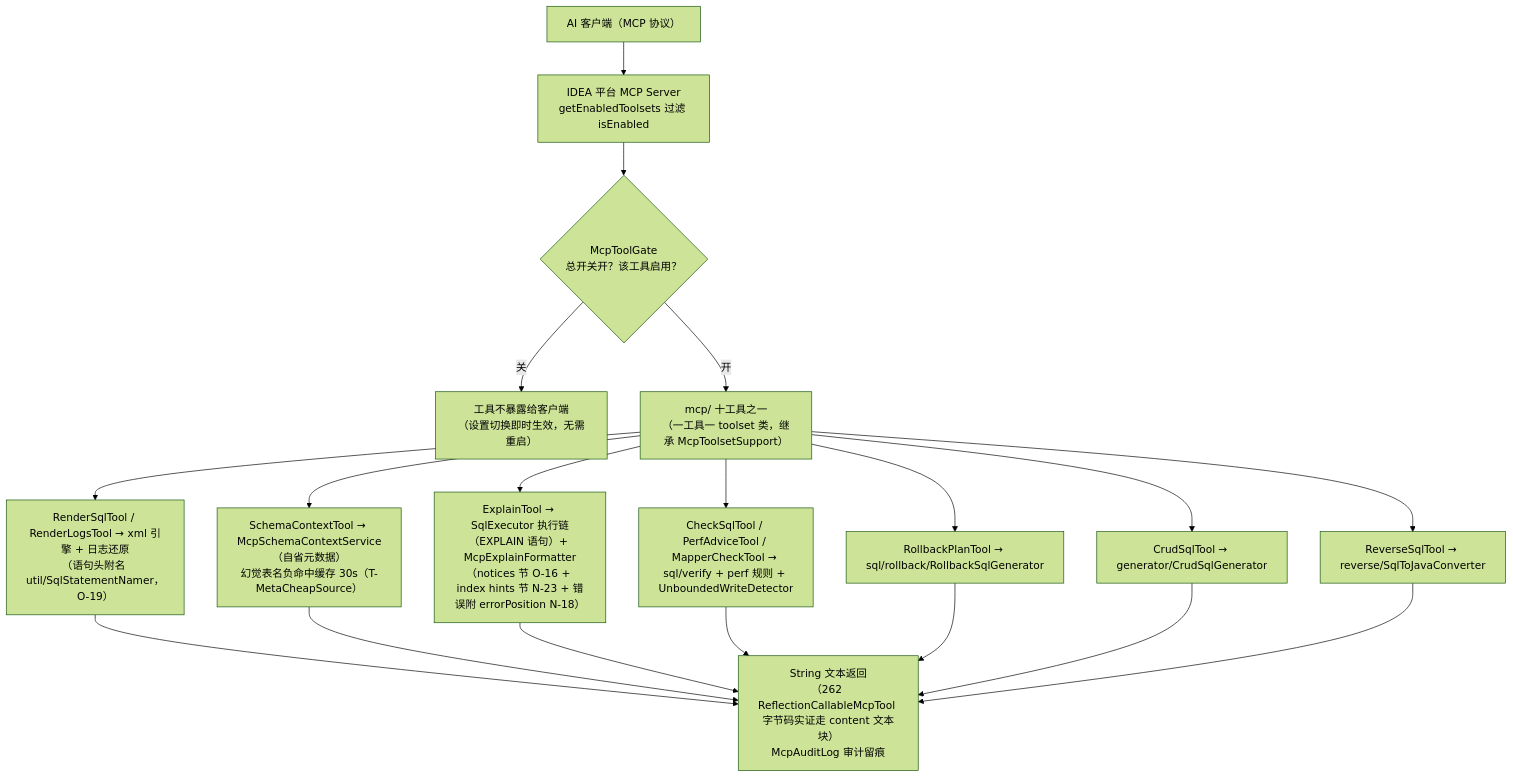
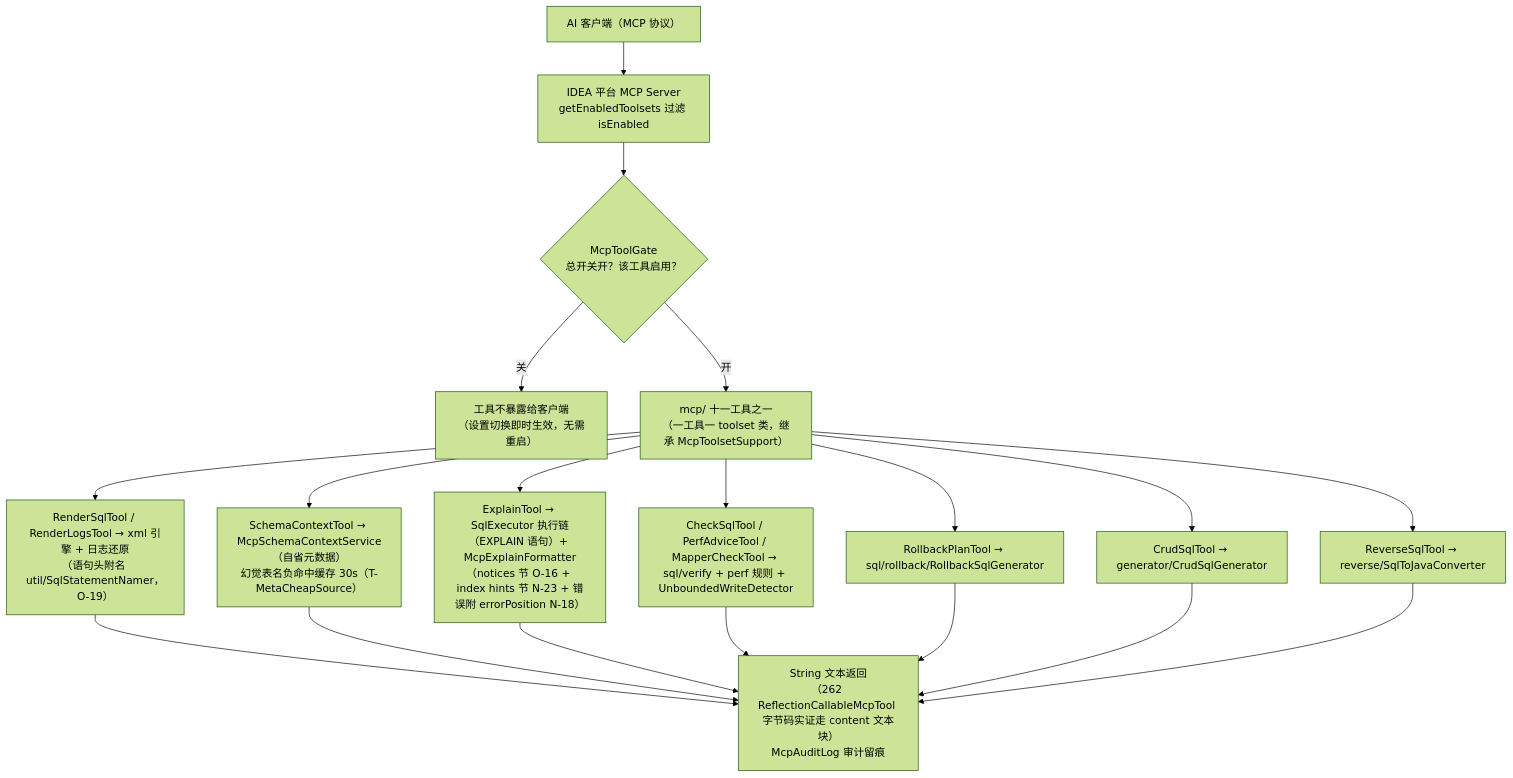
Diagram 17 of 17 in docs/架构设计/02-核心流程详解.md (JayF211/mybatis-plus-sql-visualizer), drawn with Mermaid (forest theme) before and after one commit. The commit also changed other lines of this file and 2 other files, not shown here.

Commit message:
docs(R14 T-HistorySearch): 回填两处实施记录——本道计划 §七 全程记录（重锚证伪/反向读数/验收对账/遗留 V14c）+汇总计划 20260930-1712 自 master 17d9617 拷入副本回填 §十（来源已注明）；架构文档 02 篇十工具→十一工具并订正注册面过时 XML 描述

````diff
--- a/docs/架构设计/02-核心流程详解.md
+++ b/docs/架构设计/02-核心流程详解.md
@@ -664,15 +664,15 @@
 ```mermaid
 flowchart TD
     CLIENT["AI 客户端（MCP 协议）"] --> SRV["IDEA 平台 MCP Server<br/>getEnabledToolsets 过滤 isEnabled"]
     SRV --> GATE{"McpToolGate<br/>总开关开？该工具启用？"}
     GATE -->|"关"| OFF["工具不暴露给客户端<br/>（设置切换即时生效，无需重启）"]
-    GATE -->|"开"| TOOL["mcp/ 十工具之一<br/>（一工具一 toolset 类，继承 McpToolsetSupport）"]
+    GATE -->|"开"| TOOL["mcp/ 十一工具之一<br/>（一工具一 toolset 类，继承 McpToolsetSupport）"]
     TOOL --> D1["RenderSqlTool / RenderLogsTool → xml 引擎 + 日志还原<br/>（语句头附名 util/SqlStatementNamer，O-19）"]
     TOOL --> D2["SchemaContextTool → McpSchemaContextService（自省元数据）<br/>幻觉表名负命中缓存 30s（T-MetaCheapSource）"]
     TOOL --> D3["ExplainTool → SqlExecutor 执行链（EXPLAIN 语句）+ McpExplainFormatter<br/>（notices 节 O-16 + index hints 节 N-23 + 错误附 errorPosition N-18）"]
     TOOL --> D4["CheckSqlTool / PerfAdviceTool / MapperCheckTool → sql/verify + perf 规则 + UnboundedWriteDetector"]
     TOOL --> D5["RollbackPlanTool → sql/rollback/RollbackSqlGenerator"]
     TOOL --> D6["CrudSqlTool → generator/CrudSqlGenerator"]
     TOOL --> D7["ReverseSqlTool → reverse/SqlToJavaConverter"]
     D1 & D2 & D3 & D4 & D5 & D6 & D7 --> OUT["String 文本返回<br/>（262 ReflectionCallableMcpTool 字节码实证走 content 文本块）<br/>McpAuditLog 审计留痕"]
 ```
````
